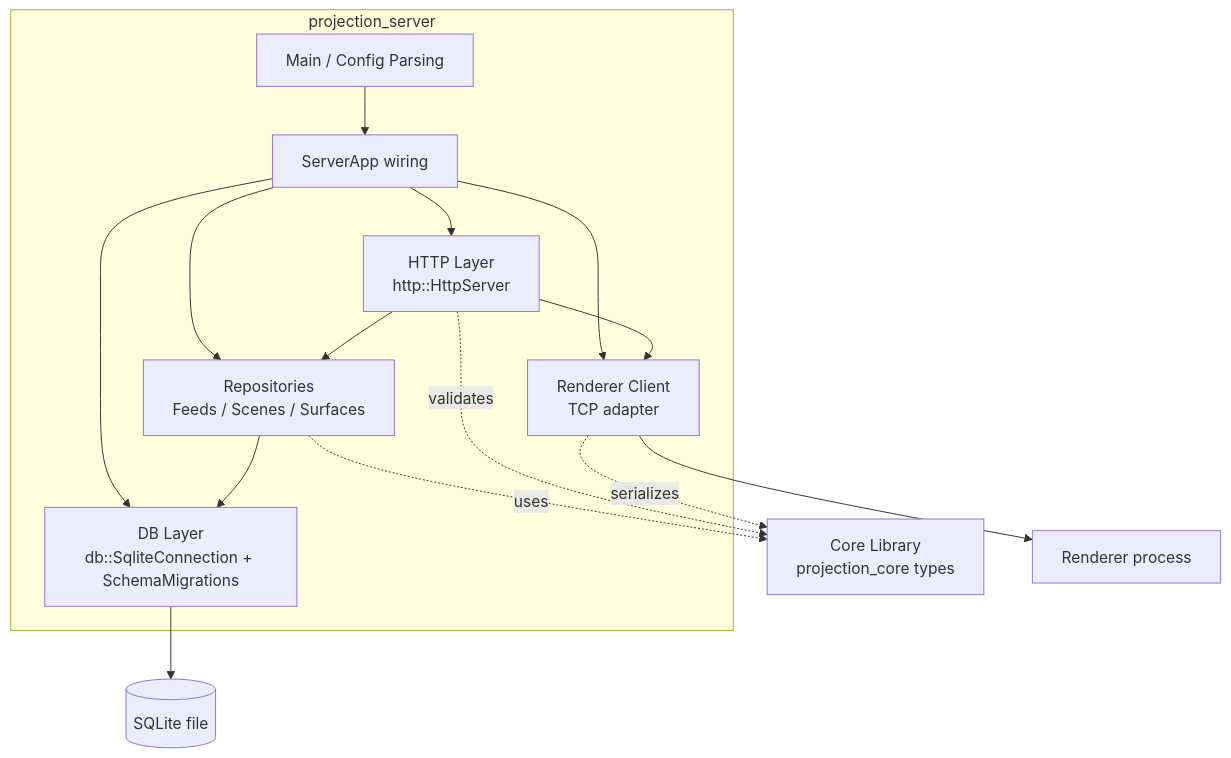
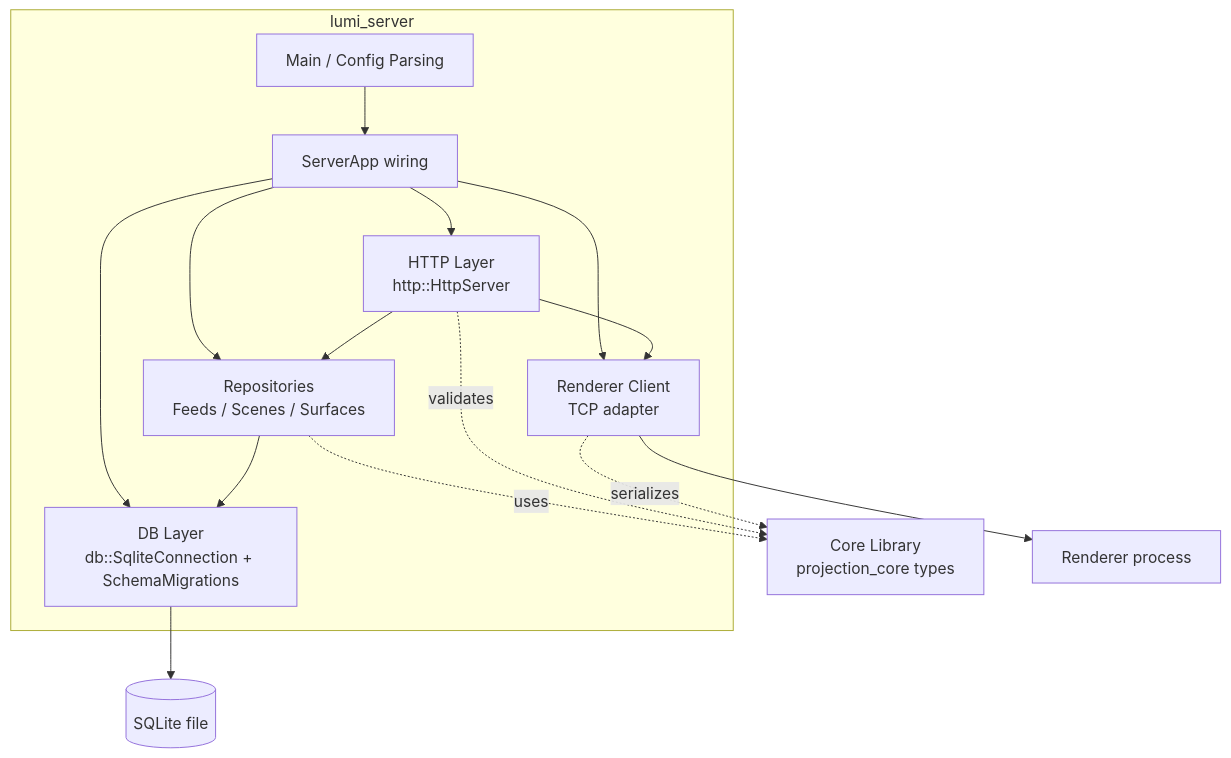
Before and after one commit to aweijnitz/basic-video-mapper: the second of 3 diagrams in Architecture.md, drawn with Mermaid. The commit also changed other lines of this file and 31 other files, not shown here.

````diff
--- a/Architecture.md
+++ b/Architecture.md
@@ -40,18 +40,18 @@
 ```mermaid
 flowchart TB
-    subgraph Server[projection_server]
+    subgraph Server[lumi_server]
         Main[Main / Config Parsing] --> App[ServerApp wiring]
         App --> Http[HTTP Layer\nhttp::HttpServer]
         App --> DBLayer[DB Layer\ndb::SqliteConnection + SchemaMigrations]
         App --> Repo[Repositories\nFeeds / Scenes / Surfaces]
         App --> RC[Renderer Client\nTCP adapter]
         Http --> Repo
         Http --> RC
         Repo --> DBLayer
     end
     Repo -. uses .-> Core[Core Library\nprojection_core types]
     Http -. validates .-> Core
     RC -. serializes .-> Core
     DBLayer --> SQLite[(SQLite file)]
     RC --> Renderer[Renderer process]
 ```
````
